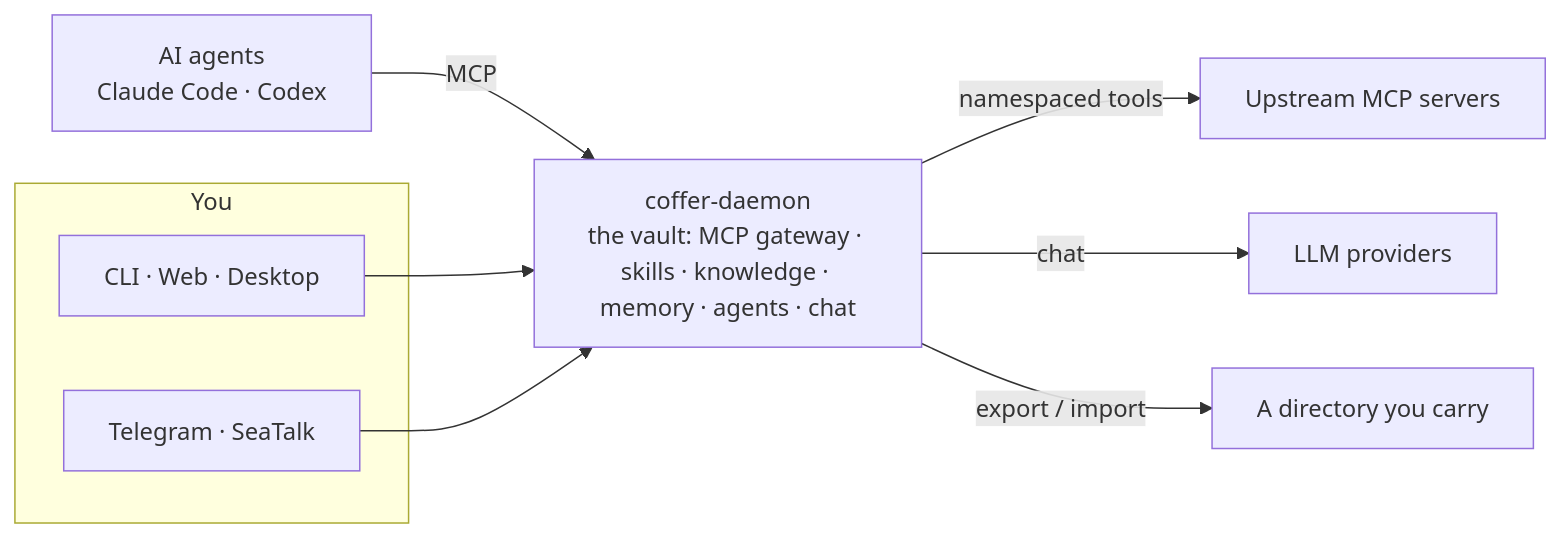
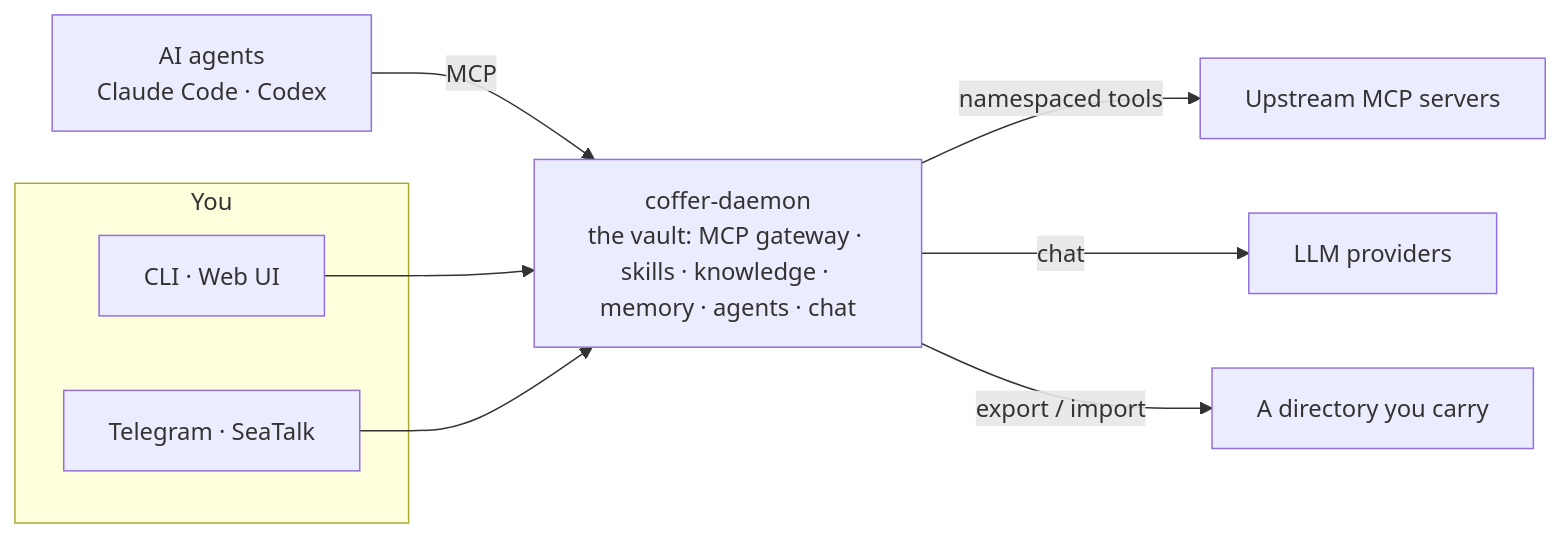
The diagram in docs-site/index.md (wyx-sg/Coffer), drawn with Mermaid before and after one commit. The commit also changed other lines of this file and 215 other files, not shown here.

First line of the commit message:
refactor(dist): retire the desktop shell; the daemon serves the web UI

````diff
--- a/docs-site/index.md
+++ b/docs-site/index.md
@@ -31,14 +31,14 @@
 ```mermaid
 flowchart LR
   subgraph You["You"]
-    UI["CLI · Web · Desktop"]
+    UI["CLI · Web UI"]
     IM["Telegram · SeaTalk"]
   end
   A["AI agents<br/>Claude Code · Codex"] -->|MCP| D
   UI --> D
   IM --> D
   D["coffer-daemon<br/>the vault: MCP gateway · skills · knowledge · memory · agents · chat"]
   D -->|namespaced tools| U["Upstream MCP servers"]
   D -->|chat| L["LLM providers"]
   D -->|export / import| G["A directory you carry"]
 ```
````
